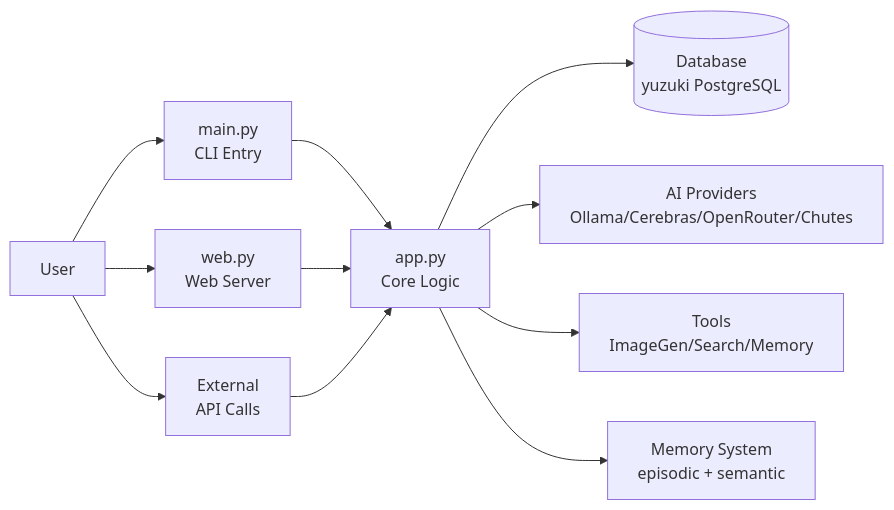
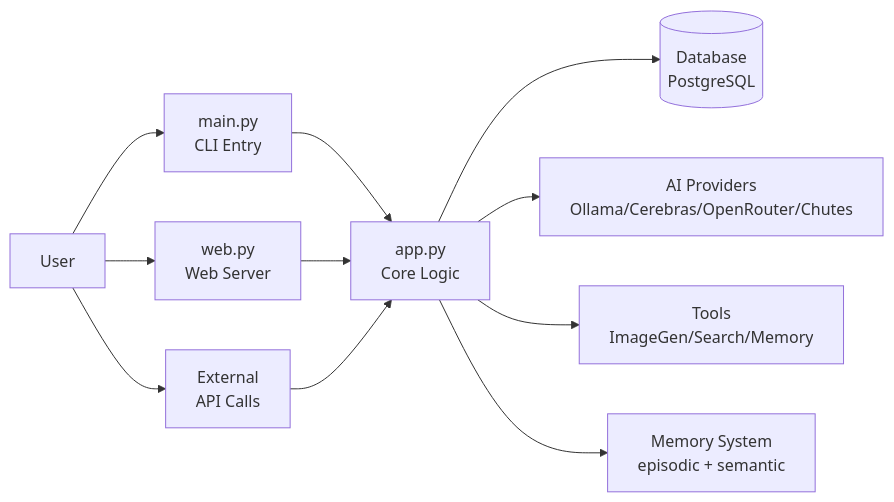
The first of 9 diagrams in app/README.md (icedeyes12/yuzu-core), drawn with Mermaid before and after one commit. The commit also changed other lines of this file and 27 other files, not shown here.

````diff
--- a/app/README.md
+++ b/app/README.md
@@ -41,15 +41,15 @@
 ```mermaid
 graph LR
     A[User] --> B[main.py<br/>CLI Entry]
     A --> C[web.py<br/>Web Server]
     A --> D[External<br/>API Calls]
     
     B --> E[app.py<br/>Core Logic]
     C --> E
     D --> E
     
-    E --> F[(Database<br/>yuzuki PostgreSQL)]
+    E --> F[(Database<br/>PostgreSQL)]
     E --> G[AI Providers<br/>Ollama/Cerebras/OpenRouter/Chutes]
     E --> H[Tools<br/>ImageGen/Search/Memory]
     E --> I[Memory System<br/>episodic + semantic]
 ```
````
